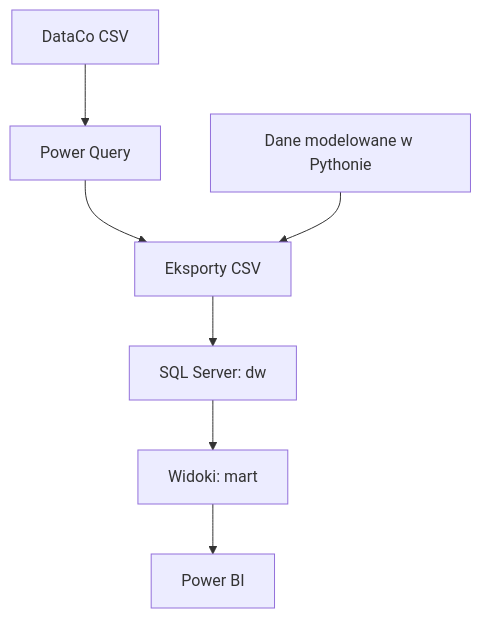
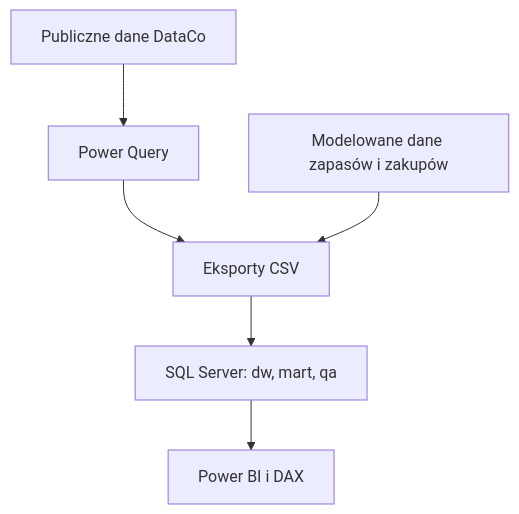
The diagram in README.md (okowalczyk2727/Analiza_Lancucha_Dostaw), drawn with Mermaid before and after one commit. The commit also changed other lines of this file, not shown here.

````diff
--- a/README.md
+++ b/README.md
@@ -22,9 +29,8 @@
 ```mermaid
 flowchart TD
-    A[DataCo CSV] --> B[Power Query]
+    A[Publiczne dane DataCo] --> B[Power Query]
     B --> C[Eksporty CSV]
-    D[Dane modelowane w Pythonie] --> C
-    C --> E[SQL Server: dw]
-    E --> F[Widoki: mart]
-    F --> G[Power BI]
+    D[Modelowane dane zapasów i zakupów] --> C
+    C --> E[SQL Server: dw, mart, qa]
+    E --> F[Power BI i DAX]
 ```
````
